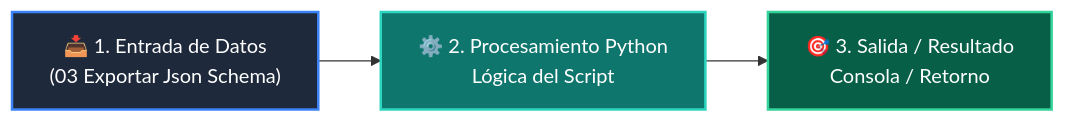
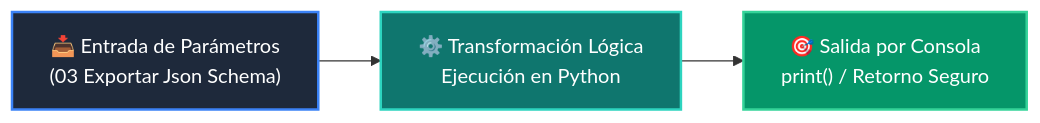
Before and after one commit to wisrovi/wisrovi-python: the diagram in 03-agentes-ia/clase-03-salidas-estructuradas-pydantic/ejemplos/ejemplo_03_exportar_json_schema/README.md, drawn with Mermaid. The commit also changed other lines of this file and 226 other files, not shown here.

Commit message:
docs: elevate all repository READMEs to world-class mastery standard with rich pedagogical architecture, custom Mermaids, and professional styling

````diff
--- a/03-agentes-ia/clase-03-salidas-estructuradas-pydantic/ejemplos/ejemplo_03_exportar_json_schema/README.md
+++ b/03-agentes-ia/clase-03-salidas-estructuradas-pydantic/ejemplos/ejemplo_03_exportar_json_schema/README.md
@@ -12,9 +19,9 @@
 ```mermaid
 flowchart LR
-    A["📥 1. Entrada de Datos<br/>(03 Exportar Json Schema)"] --> B["⚙️ 2. Procesamiento Python<br/>Lógica del Script"]
-    B --> C["🎯 3. Salida / Resultado<br/>Consola / Retorno"]
+    A["📥 Entrada de Parámetros<br/>(03 Exportar Json Schema)"] --> B["⚙️ Transformación Lógica<br/>Ejecución en Python"]
+    B --> C["🎯 Salida por Consola<br/>print() / Retorno Seguro"]
 
-    style A fill:#1e293b,color:#fff,stroke:#3b82f6,stroke-width:2px
-    style B fill:#0f766e,color:#fff,stroke:#2dd4bf,stroke-width:2px
-    style C fill:#065f46,color:#fff,stroke:#34d399,stroke-width:2px
+    style A fill:#1e293b,color:#ffffff,stroke:#3b82f6,stroke-width:2px
+    style B fill:#0f766e,color:#ffffff,stroke:#2dd4bf,stroke-width:2px
+    style C fill:#059669,color:#ffffff,stroke:#34d399,stroke-width:2px
 ```
````
